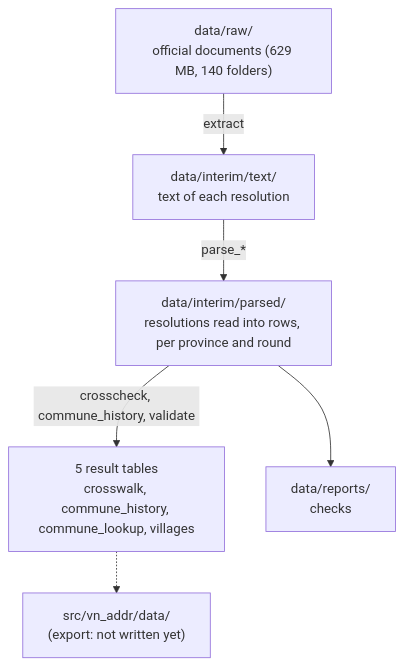
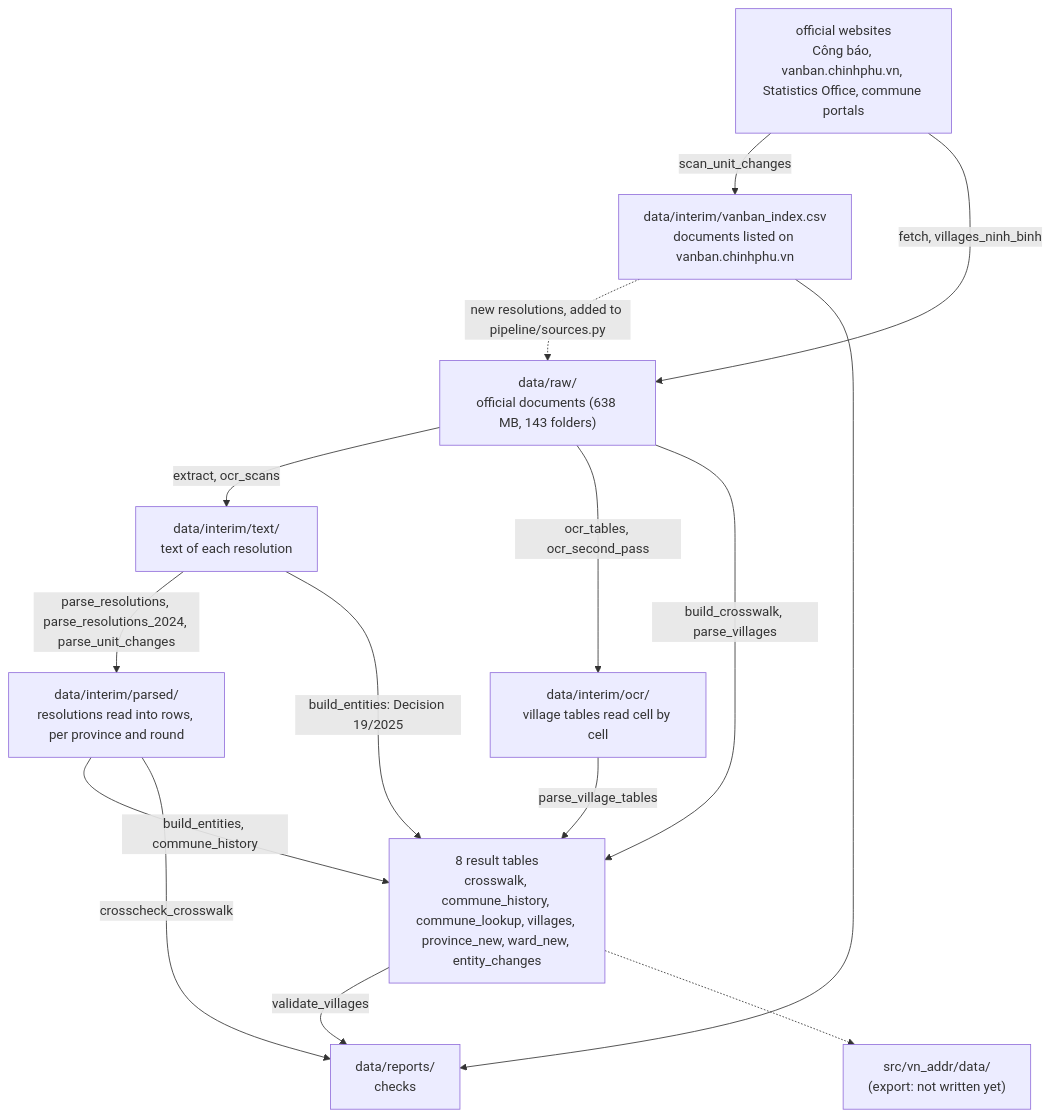
The first of 2 diagrams in data/README.md (nghiax32/VnAddr), drawn with Mermaid before and after one commit. The commit also changed other lines of this file and 1 other file, not shown here.

Commit message:
Update READMEs for the 2025 unit list and later changes

````diff
--- a/data/README.md
+++ b/data/README.md
@@ -9,12 +9,26 @@
 ```mermaid
 flowchart TD
-    raw["data/raw/<br/>official documents (629 MB, 140 folders)"]
+    sites["official websites<br/>Công báo, vanban.chinhphu.vn, Statistics Office, commune portals"]
+    index["data/interim/vanban_index.csv<br/>documents listed on vanban.chinhphu.vn"]
+    raw["data/raw/<br/>official documents (638 MB, 143 folders)"]
     text["data/interim/text/<br/>text of each resolution"]
+    ocr["data/interim/ocr/<br/>village tables read cell by cell"]
     parsed["data/interim/parsed/<br/>resolutions read into rows, per province and round"]
-    out["5 result tables<br/>crosswalk, commune_history, commune_lookup, villages"]
+    out["8 result tables<br/>crosswalk, commune_history, commune_lookup, villages, province_new, ward_new, entity_changes"]
     reports["data/reports/<br/>checks"]
     lib["src/vn_addr/data/<br/>(export: not written yet)"]
-    raw -->|extract| text -->|parse_*| parsed -->|crosscheck, commune_history, validate| out
-    parsed --> reports
+    sites -->|scan_unit_changes| index
+    index -.->|new resolutions, added to pipeline/sources.py| raw
+    sites -->|fetch, villages_ninh_binh| raw
+    raw -->|extract, ocr_scans| text
+    raw -->|ocr_tables, ocr_second_pass| ocr
+    raw -->|build_crosswalk, parse_villages| out
+    text -->|parse_resolutions, parse_resolutions_2024, parse_unit_changes| parsed
+    text -->|build_entities: Decision 19/2025| out
+    ocr -->|parse_village_tables| out
+    parsed -->|build_entities, commune_history| out
+    parsed -->|crosscheck_crosswalk| reports
+    out -->|validate_villages| reports
+    index --> reports
     out -.-> lib
 ```
````
